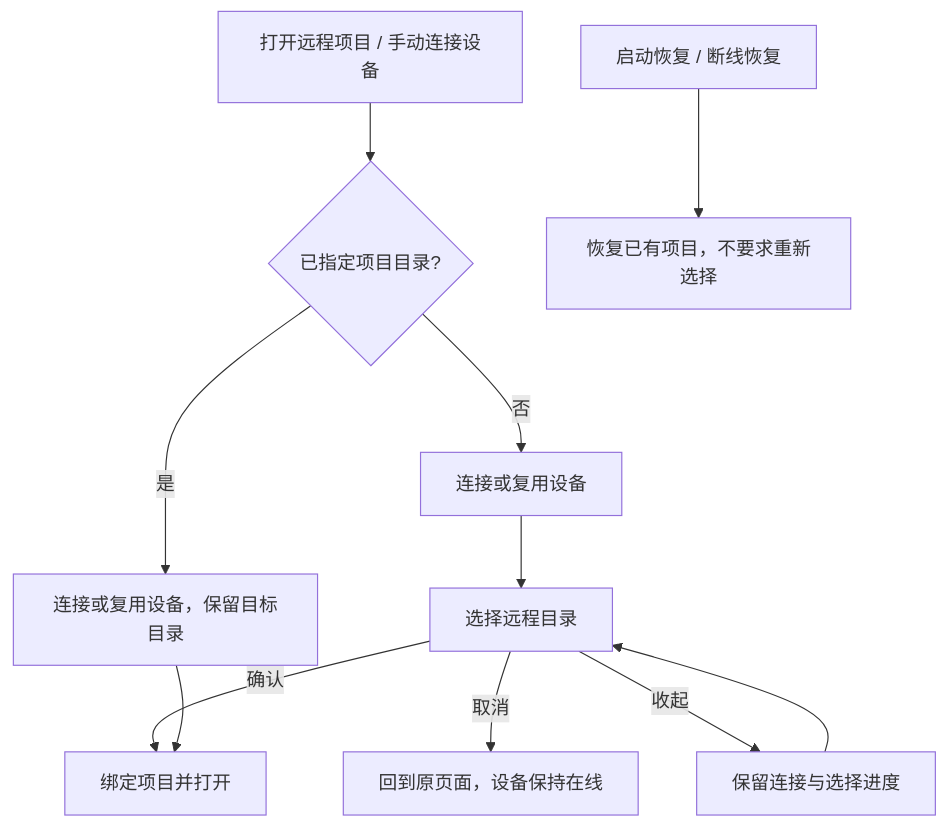
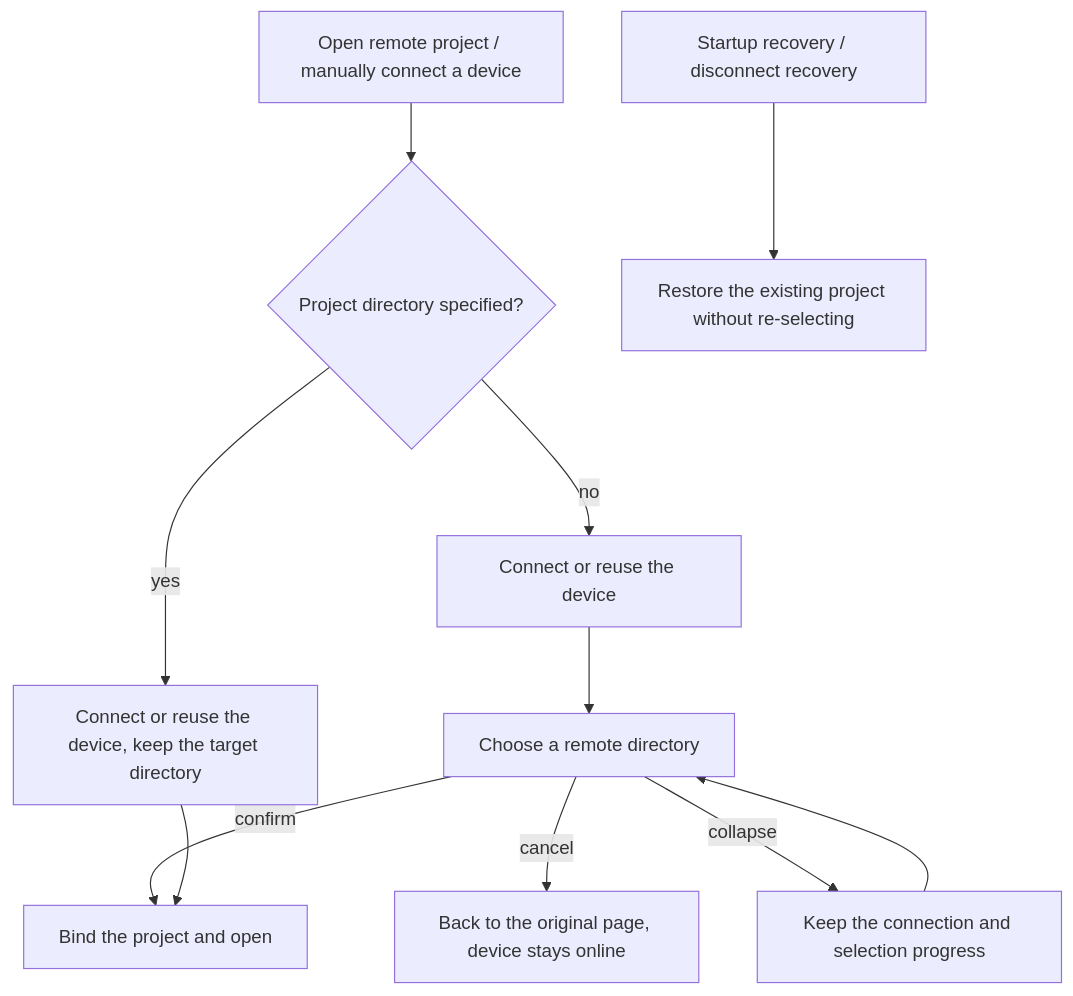
The first of 2 diagrams in docs/remote/project-first-remote-navigation-spec.md (osben/ZCode), drawn with Mermaid before and after one commit. The commit also changed other lines of this file and 18 other files, not shown here.

````diff
--- a/docs/remote/project-first-remote-navigation-spec.md
+++ b/docs/remote/project-first-remote-navigation-spec.md
@@ -46,13 +55,13 @@
 ```mermaid
 flowchart TD
-    A[打开远程项目 / 手动连接设备] --> B{已指定项目目录?}
-    B -- 否 --> C[连接或复用设备]
-    C --> D[选择远程目录]
-    D -- 确认 --> E[绑定项目并打开]
-    D -- 取消 --> F[回到原页面，设备保持在线]
-    D -- 收起 --> G[保留连接与选择进度]
+    A[Open remote project / manually connect a device] --> B{Project directory specified?}
+    B -- no --> C[Connect or reuse the device]
+    C --> D[Choose a remote directory]
+    D -- confirm --> E[Bind the project and open]
+    D -- cancel --> F[Back to the original page, device stays online]
+    D -- collapse --> G[Keep the connection and selection progress]
     G --> D
-    B -- 是 --> H[连接或复用设备，保留目标目录]
+    B -- yes --> H[Connect or reuse the device, keep the target directory]
     H --> E
-    I[启动恢复 / 断线恢复] --> J[恢复已有项目，不要求重新选择]
+    I[Startup recovery / disconnect recovery] --> J[Restore the existing project without re-selecting]
 ```
````
